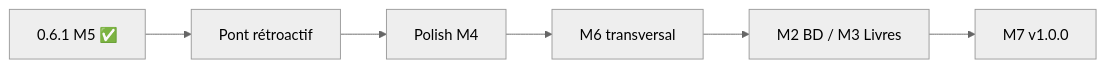
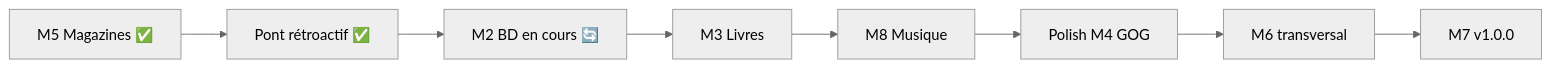
Before and after one commit to daryl40000/mediatheque: the first of 2 diagrams in ROADMAP.md, drawn with Mermaid (neutral theme). The commit also changed other lines of this file and 39 other files, not shown here.

First line of the commit message:
Version 0.7.8 — onglets Musique/Livres placeholder, refactor BD et magazines, fix navigation.

````diff
--- a/ROADMAP.md
+++ b/ROADMAP.md
@@ -159,8 +200,10 @@
 ```mermaid
 flowchart LR
-  A[0.6.1 M5 ✅] --> B[Pont rétroactif]
-  B --> C[Polish M4]
-  C --> D[M6 transversal]
-  D --> E[M2 BD / M3 Livres]
-  E --> F[M7 v1.0.0]
+  A[M5 Magazines ✅] --> B[Pont rétroactif ✅]
+  B --> C[M2 BD en cours 🔄]
+  C --> D[M3 Livres]
+  D --> E[M8 Musique]
+  E --> F[Polish M4 GOG]
+  F --> G[M6 transversal]
+  G --> H[M7 v1.0.0]
 ```
````
